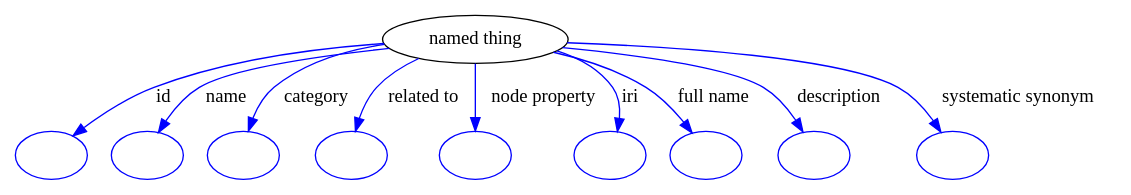
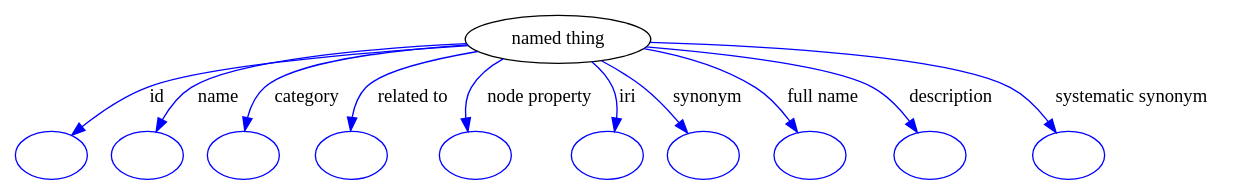
Before and after one commit to biolink/biolink-model: the diagram in graphviz/named_thing.gv, drawn with Graphviz. The commit also changed 900 other files, not shown here.

```diff
--- a/graphviz/named_thing.gv
+++ b/graphviz/named_thing.gv
@@ -1,98 +1,108 @@
 digraph {
-	graph [bb="0,0,703.93,122"];
+	graph [bb="0,0,774.93,122"];
 	node [label="\N"];
 	"named thing"	 [height=0.5,
 		label="named thing",
-		pos="317,104",
+		pos="367,104",
 		width=1.5019];
 	id	 [color=blue,
 		height=0.5,
 		label="",
 		pos="27,18",
 		width=0.75];
 	"named thing" -> id	 [color=blue,
 		label=id,
-		lp="126.44,61",
-		pos="e,46.509,30.818 264.87,98.957 224.51,93.99 167.67,84.652 120.11,68 97.253,59.996 73.214,46.954 55.287,36.196",
+		lp="122.44,61",
+		pos="e,45.845,31.309 314.99,98.812 252.59,92.191 151.9,80.135 116.11,68 94.281,60.598 71.654,47.829 54.663,37.048",
 		style=solid];
 	name	 [color=blue,
 		height=0.5,
 		label="",
 		pos="99,18",
 		width=0.75];
 	"named thing" -> name	 [color=blue,
 		label=name,
-		lp="170.16,61",
-		pos="e,112.53,33.896 264.61,99.265 231.62,94.655 188.95,85.622 154.68,68 141.74,61.343 129.46,50.935 119.74,41.334",
+		lp="165.16,61",
+		pos="e,110.9,34.173 314.8,99.019 259.94,93.141 177.79,82.328 149.68,68 137.47,61.773 126.32,51.553 117.61,41.971",
 		style=solid];
 	category	 [color=blue,
 		height=0.5,
 		label="",
 		pos="171,18",
 		width=0.75];
 	"named thing" -> category	 [color=blue,
 		label=category,
-		lp="225.1,61",
-		pos="e,177.61,35.537 267.16,96.871 245.06,91.735 219.81,82.956 200.81,68 192.99,61.849 186.78,53.039 182.1,44.523",
+		lp="219.1,61",
+		pos="e,175.17,35.818 315.58,98.331 271.85,92.61 213.29,82.534 194.81,68 187.53,62.277 182.36,53.783 178.74,45.413",
 		style=solid];
 	"related to"	 [color=blue,
 		height=0.5,
 		label="",
 		pos="243,18",
 		width=0.75];
 	"named thing" -> "related to"	 [color=blue,
 		label="related to",
-		lp="287.24,61",
-		pos="e,246.28,36.08 285.64,89.108 276.53,83.542 267.24,76.474 260.53,68 255.44,61.584 251.77,53.586 249.15,45.882",
+		lp="281.24,61",
+		pos="e,242.93,36.221 321.35,94.226 294.44,87.568 263.86,78.146 254.53,68 249.08,62.074 246.04,54.1 244.39,46.262",
 		style=solid];
 	"node property"	 [color=blue,
 		height=0.5,
 		label="",
-		pos="317,18",
+		pos="316,18",
 		width=0.75];
 	"named thing" -> "node property"	 [color=blue,
 		label="node property",
-		lp="356.07,61",
-		pos="e,317,36.212 317,85.762 317,74.36 317,59.434 317,46.494",
+		lp="353.07,61",
+		pos="e,310.94,36.104 334.87,89.396 326.52,83.94 318.56,76.86 313.86,68 310.37,61.427 309.46,53.656 309.78,46.224",
 		style=solid];
 	iri	 [color=blue,
 		height=0.5,
 		label="",
-		pos="389,18",
+		pos="388,18",
 		width=0.75];
 	"named thing" -> iri	 [color=blue,
 		label=iri,
-		lp="407.22,61",
-		pos="e,396.9,35.449 361.83,93.651 375.11,88.274 388.17,80.169 396,68 400.29,61.337 400.67,53.145 399.38,45.335",
+		lp="405.22,61",
+		pos="e,394.94,35.505 384.74,86.812 389.3,81.284 393.6,74.812 396,68 398.53,60.818 398.44,52.772 397.2,45.268",
+		style=solid];
+	synonym	 [color=blue,
+		height=0.5,
+		label="",
+		pos="460,18",
+		width=0.75];
+	"named thing" -> synonym	 [color=blue,
+		label=synonym,
+		lp="454.67,61",
+		pos="e,446.95,34.048 390.67,87.66 398.67,81.779 407.47,74.889 415,68 423.84,59.915 432.82,50.279 440.41,41.635",
 		style=solid];
 	"full name"	 [color=blue,
 		height=0.5,
 		label="",
-		pos="461,18",
+		pos="532,18",
 		width=0.75];
 	"named thing" -> "full name"	 [color=blue,
 		label="full name",
-		lp="459.63,61",
-		pos="e,449.63,34.829 361.1,93.368 379.39,87.668 400.22,79.416 417,68 426.96,61.228 436.09,51.693 443.43,42.763",
+		lp="528.63,61",
+		pos="e,519.82,34.525 414.3,95.221 436.57,89.683 462.83,81.042 484,68 494.93,61.263 505.1,51.453 513.23,42.302",
 		style=solid];
 	description	 [color=blue,
 		height=0.5,
 		label="",
-		pos="533,18",
+		pos="606,18",
 		width=0.75];
 	"named thing" -> description	 [color=blue,
 		label=description,
-		lp="538.1,61",
-		pos="e,522.69,34.961 367.39,97.187 410.8,90.659 469.59,80.039 490,68 500.42,61.855 509.56,52.265 516.71,43.121",
+		lp="608.1,61",
+		pos="e,594.81,34.562 418.16,98.046 466.58,91.765 535.28,80.987 559,68 570.32,61.806 580.47,51.906 588.42,42.544",
 		style=solid];
 	"systematic synonym"	 [color=blue,
 		height=0.5,
 		label="",
-		pos="618,18",
+		pos="691,18",
 		width=0.75];
 	"named thing" -> "systematic synonym"	 [color=blue,
 		label="systematic synonym",
-		lp="646.97,61",
-		pos="e,607.55,34.765 370.31,100.79 434.77,96.175 538.87,86.152 573,68 584.16,62.062 593.94,52.201 601.49,42.799",
+		lp="717.97,61",
+		pos="e,679.63,34.816 420.48,101.23 489.48,96.943 605.15,87.119 643,68 654.63,62.125 665.01,52.275 673.11,42.863",
 		style=solid];
 }
```
